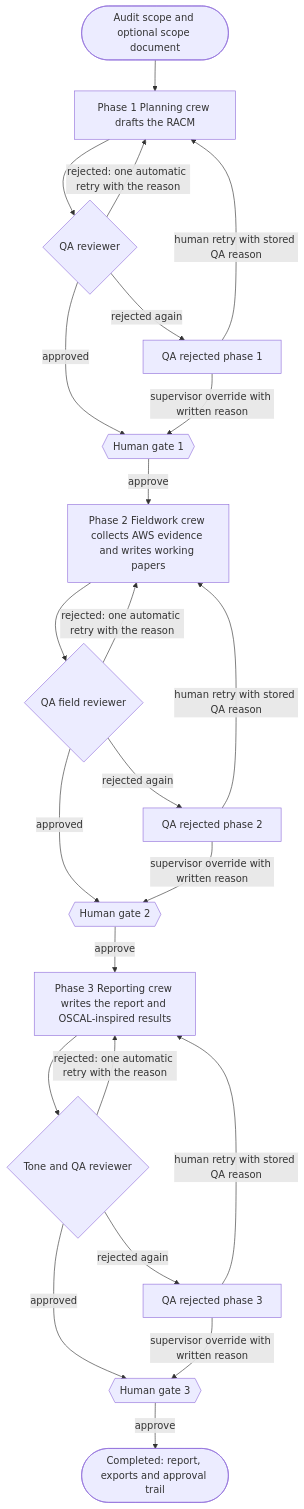
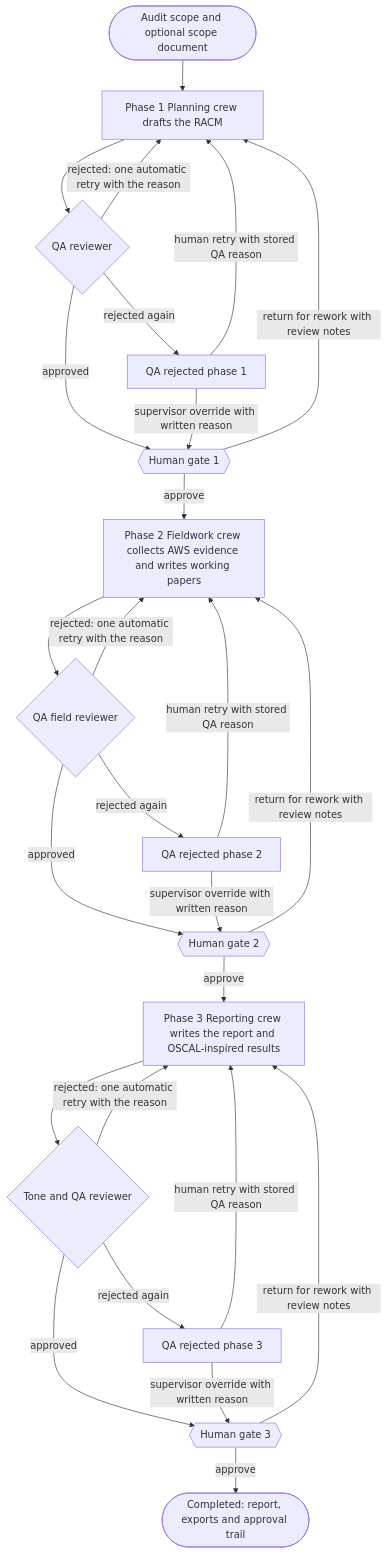
Before and after one commit to tvobrachini/grc-audit-swarm: the diagram in README.md, drawn with Mermaid. The commit also changed other lines of this file and 1 other file, not shown here.

First line of the commit message:
Docs: review mechanics, SoD, chained trail, deletion and QA independence

````diff
--- a/README.md
+++ b/README.md
@@ -118,29 +127,32 @@
 ```mermaid
 flowchart TD
     scope(["Audit scope and optional scope document"]) --> p1
 
     p1["Phase 1 Planning crew drafts the RACM"] --> qa1{"QA reviewer"}
     qa1 -- "rejected: one automatic retry with the reason" --> p1
     qa1 -- "rejected again" --> r1["QA rejected phase 1"]
     qa1 -- "approved" --> g1{{"Human gate 1"}}
+    g1 -- "return for rework with review notes" --> p1
     r1 -- "human retry with stored QA reason" --> p1
     r1 -- "supervisor override with written reason" --> g1
 
     g1 -- "approve" --> p2["Phase 2 Fieldwork crew collects AWS evidence and writes working papers"]
     p2 --> qa2{"QA field reviewer"}
     qa2 -- "rejected: one automatic retry with the reason" --> p2
     qa2 -- "rejected again" --> r2["QA rejected phase 2"]
     qa2 -- "approved" --> g2{{"Human gate 2"}}
+    g2 -- "return for rework with review notes" --> p2
     r2 -- "human retry with stored QA reason" --> p2
     r2 -- "supervisor override with written reason" --> g2
 
     g2 -- "approve" --> p3["Phase 3 Reporting crew writes the report and OSCAL-inspired results"]
     p3 --> qa3{"Tone and QA reviewer"}
     qa3 -- "rejected: one automatic retry with the reason" --> p3
     qa3 -- "rejected again" --> r3["QA rejected phase 3"]
     qa3 -- "approved" --> g3{{"Human gate 3"}}
+    g3 -- "return for rework with review notes" --> p3
     r3 -- "human retry with stored QA reason" --> p3
     r3 -- "supervisor override with written reason" --> g3
 
     g3 -- "approve" --> done(["Completed: report, exports and approval trail"])
 ```
````
